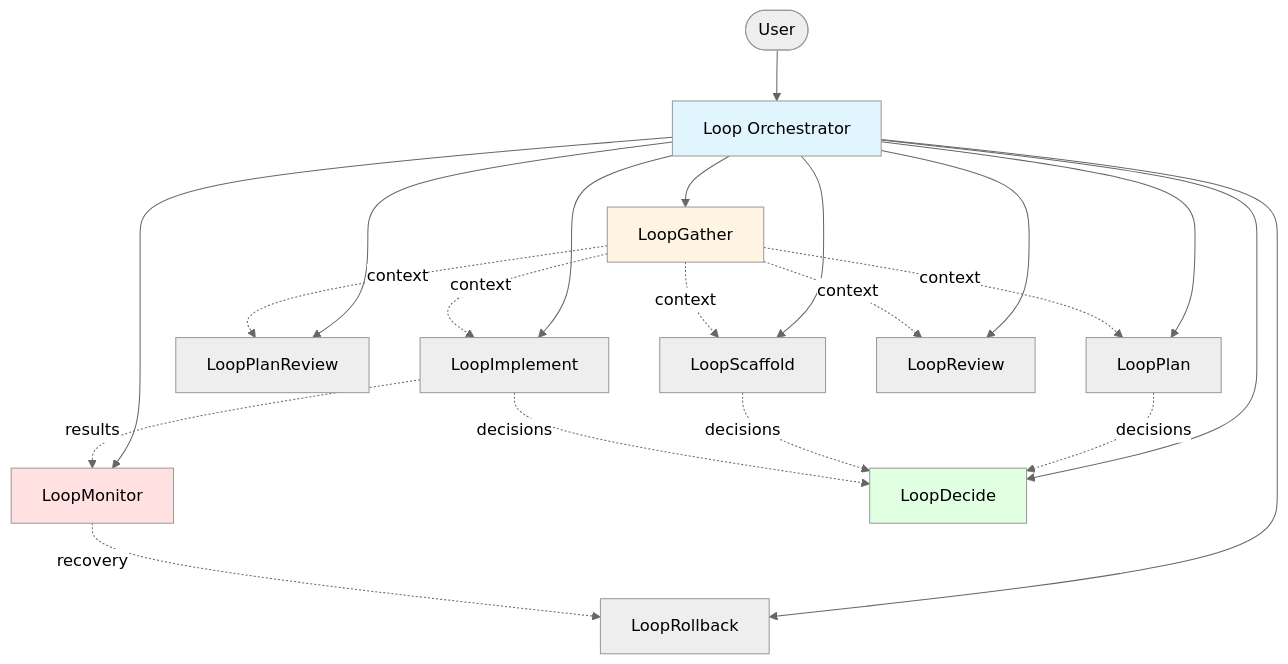
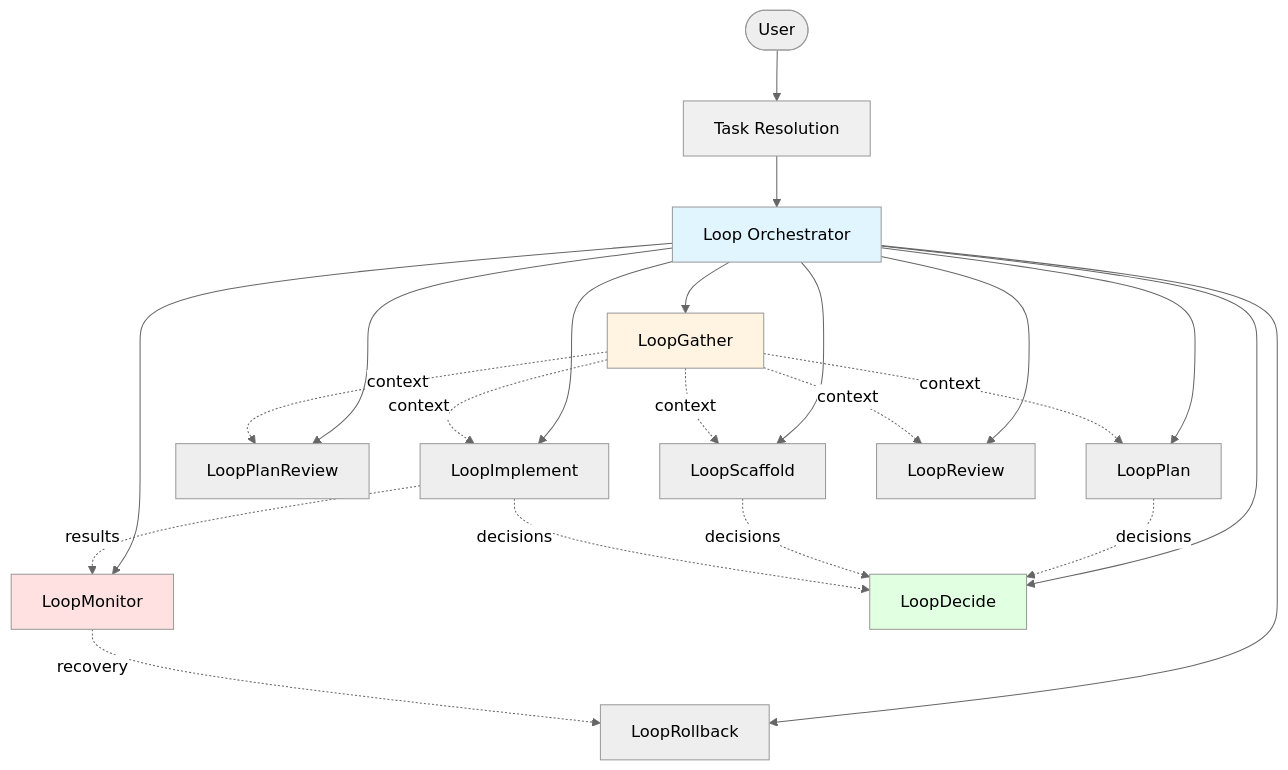
The first of 4 diagrams in README.md (digitarald/loop-agent), drawn with Mermaid (neutral theme) before and after one commit. The commit also changed other lines of this file and 6 other files, not shown here.

Commit message:
Enhance task resolution and context handling

````diff
--- a/README.md
+++ b/README.md
@@ -24,34 +24,36 @@
 ```mermaid
 flowchart TB
-    User([User]) --> Loop[Loop Orchestrator]
+    User([User]) --> Resolve[Task Resolution]
+    Resolve --> Loop[Loop Orchestrator]
     
     Loop --> LG[LoopGather]
     Loop --> LM[LoopMonitor]
     Loop --> LD[LoopDecide]
     
     Loop --> LP[LoopPlan]
     Loop --> LPR[LoopPlanReview]
     
     Loop --> LS[LoopScaffold]
     Loop --> LI[LoopImplement]
     Loop --> LR[LoopReview]
     Loop --> LRB[LoopRollback]
     
     LG -.context.-> LP
     LG -.context.-> LPR
     LG -.context.-> LS
     LG -.context.-> LI
     LG -.context.-> LR
     
     LP -.decisions.-> LD
     LS -.decisions.-> LD
     LI -.decisions.-> LD
     
     LI -.results.-> LM
     LM -.recovery.-> LRB
     
     style Loop fill:#e1f5ff
+    style Resolve fill:#f0f0f0
     style LG fill:#fff4e1
     style LM fill:#ffe1e1
     style LD fill:#e1ffe1
 ```
````
